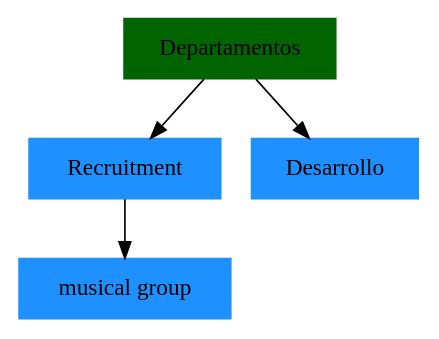
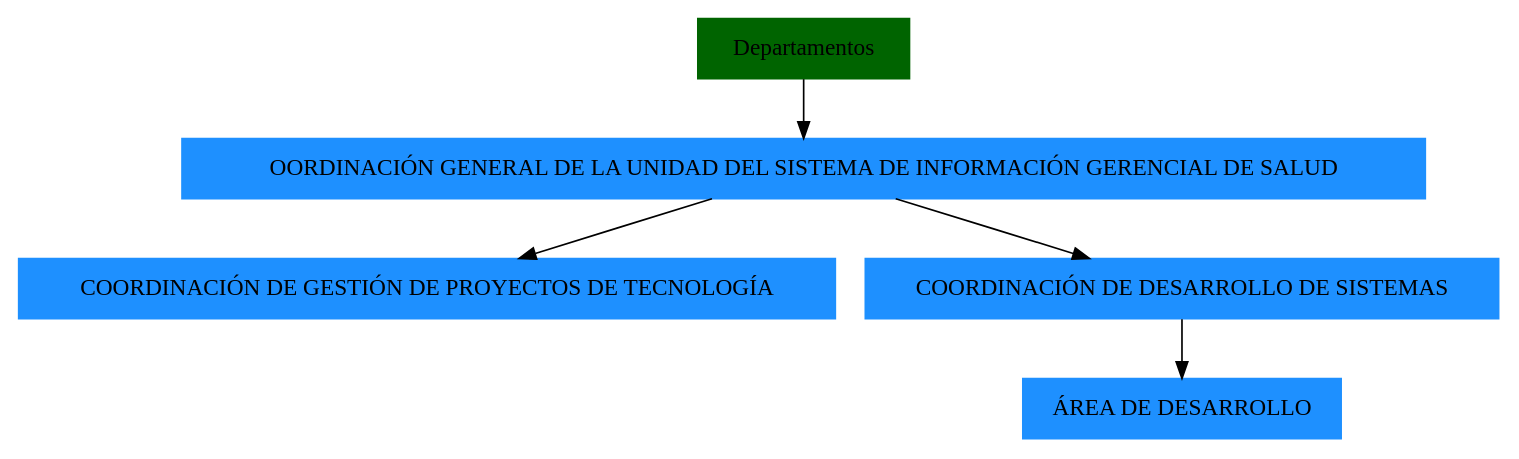
The diagram in BackEnd/files/Arbol.dot (LuisRivera2016/Proyecto2_Archivos), drawn with Graphviz before and after one commit. The commit also changed 15 other files, not shown here.

```diff
--- a/BackEnd/files/Arbol.dot
+++ b/BackEnd/files/Arbol.dot
@@ -1,9 +1,11 @@
 digraph G {
 0[label = "Departamentos" style="filled" color="darkgreen" shape="box"];
-1[label= " Recruitment " style="filled" color="dodgerblue" shape="box"];
+1[label= "OORDINACIÓN GENERAL DE LA UNIDAD DEL SISTEMA DE INFORMACIÓN GERENCIAL DE SALUD" style="filled" color="dodgerblue" shape="box"];
 0-> 1 ;
-2[label= " Desarrollo " style="filled" color="dodgerblue" shape="box"];
-0-> 2 ;
-3[label= " musical group " style="filled" color="dodgerblue" shape="box"];
+2[label= "COORDINACIÓN DE GESTIÓN DE PROYECTOS DE TECNOLOGÍA" style="filled" color="dodgerblue" shape="box"];
+1-> 2 ;
+3[label= "COORDINACIÓN DE DESARROLLO DE SISTEMAS" style="filled" color="dodgerblue" shape="box"];
 1-> 3 ;
+4[label= "ÁREA DE DESARROLLO" style="filled" color="dodgerblue" shape="box"];
+3-> 4 ;
 }
```
